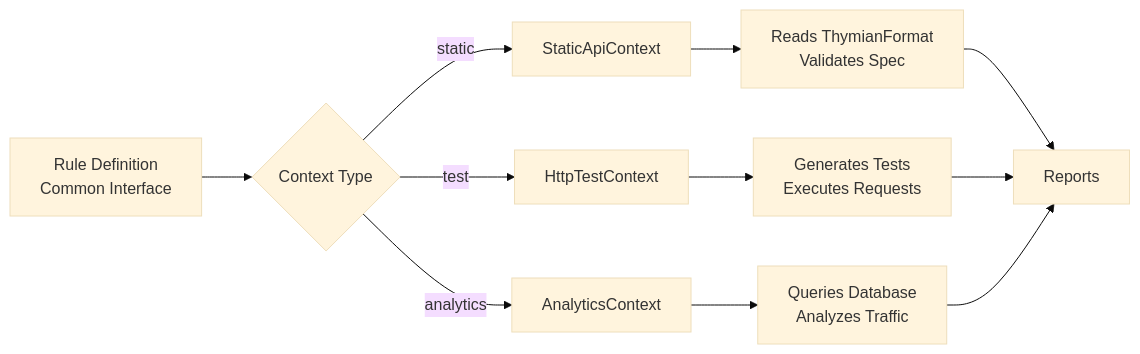
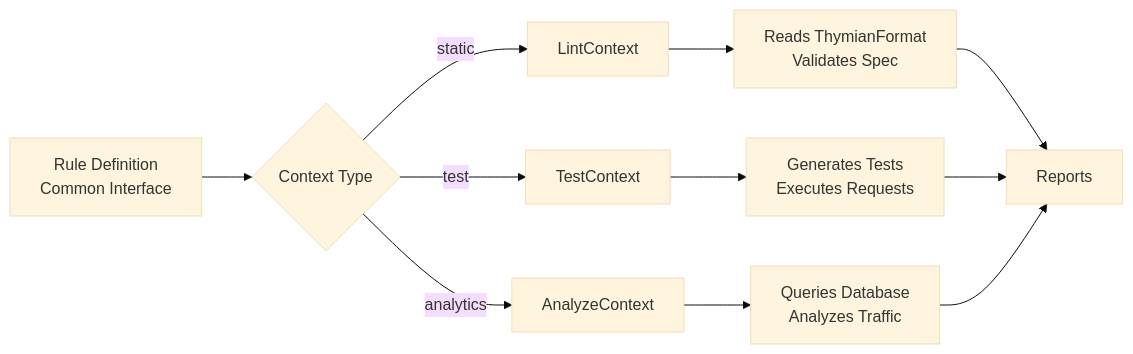
The diagram in astro-docs/src/content/docs/guides/HTTP rules/combining-types.md (thymianofficial/thymian), drawn with Mermaid (base theme) before and after one commit. The commit also changed other lines of this file and 17 other files, not shown here.

````diff
--- a/astro-docs/src/content/docs/guides/HTTP rules/combining-types.md
+++ b/astro-docs/src/content/docs/guides/HTTP rules/combining-types.md
@@ -33,16 +32,16 @@
 ```mermaid
 flowchart LR
     A[Rule Definition<br/>Common Interface] --> B{Context Type}
 
-    B -->|static| C[StaticApiContext]
-    B -->|test| D[HttpTestContext]
-    B -->|analytics| E[AnalyticsContext]
+    B -->|static| C[LintContext]
+    B -->|test| D[TestContext]
+    B -->|analytics| E[AnalyzeContext]
 
     C --> F[Reads ThymianFormat<br/>Validates Spec]
     D --> G[Generates Tests<br/>Executes Requests]
     E --> H[Queries Database<br/>Analyzes Traffic]
 
     F --> I[Reports]
     G --> I
     H --> I
 ```
````
